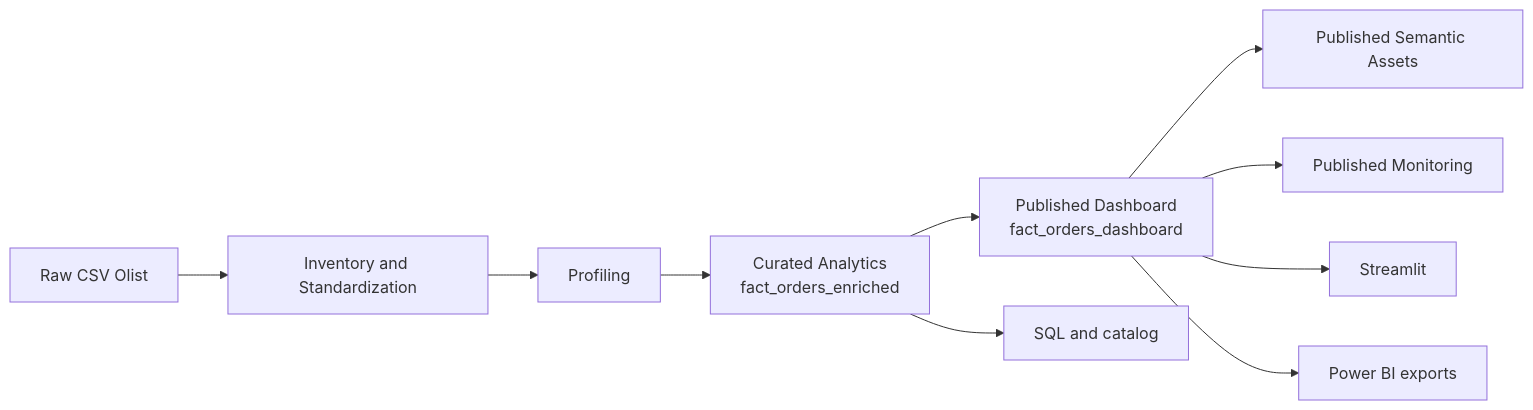
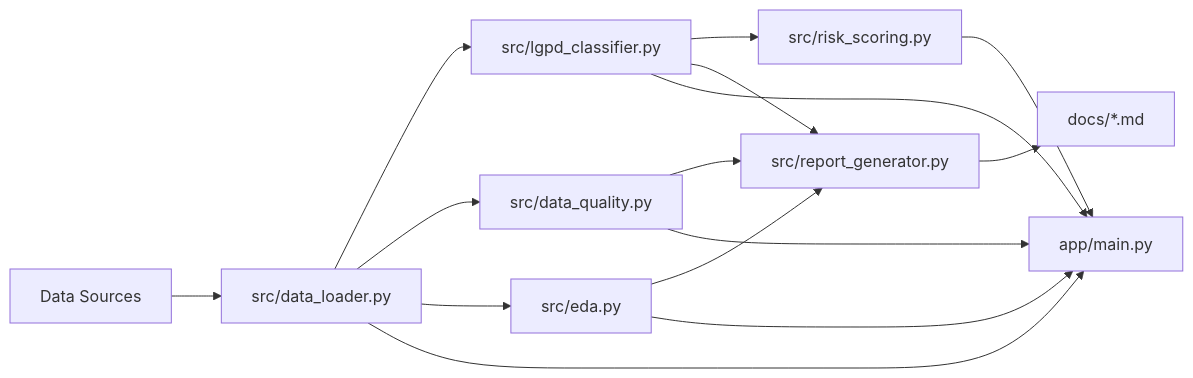
One commit to samuelmaia-analytics/Governed-Analytics-Platform changed the diagram in README.md. Above: the diagram before and after it, drawn with Mermaid. The commit also changed other lines of this file and 45 other files, not shown here.

Commit message:
feat: expand governed analytics platform with LGPD modules, multipage app and i18n

````diff
--- a/README.md
+++ b/README.md
@@ -29,12 +37,17 @@
 ```mermaid
 flowchart LR
-    A[Raw CSV Olist] --> B[Inventory and Standardization]
-    B --> C[Profiling]
-    C --> D[Curated Analytics<br/>fact_orders_enriched]
-    D --> E[Published Dashboard<br/>fact_orders_dashboard]
-    E --> F[Published Semantic Assets]
-    E --> G[Published Monitoring]
-    E --> H[Streamlit]
-    E --> I[Power BI exports]
-    D --> J[SQL and catalog]
+    A[Data Sources] --> B[src/data_loader.py]
+    B --> C[src/lgpd_classifier.py]
+    B --> D[src/data_quality.py]
+    B --> E[src/eda.py]
+    C --> F[src/risk_scoring.py]
+    C --> G[src/report_generator.py]
+    D --> G
+    E --> G
+    B --> H[app/main.py]
+    C --> H
+    D --> H
+    E --> H
+    F --> H
+    G --> I[docs/*.md]
 ```
````
